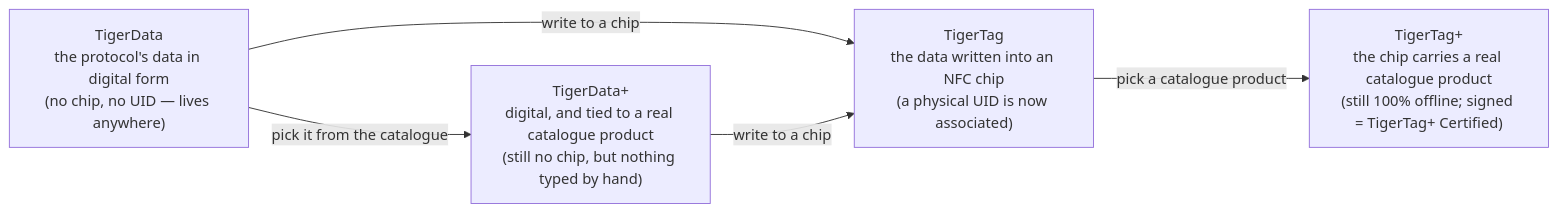
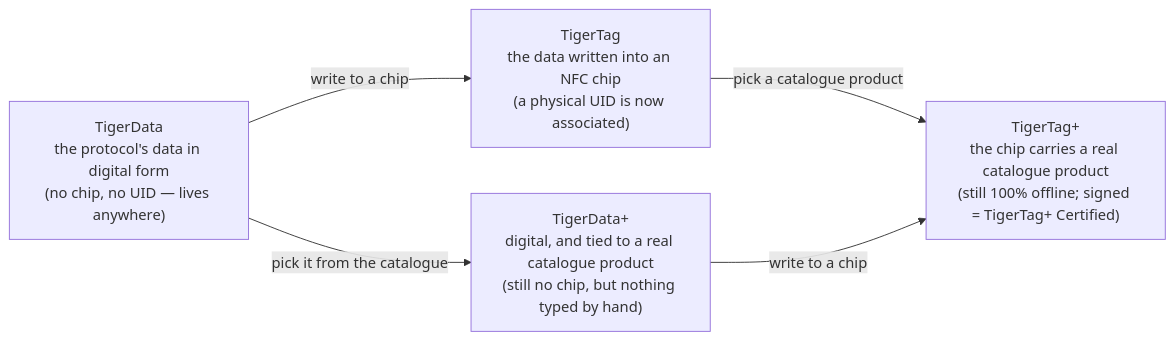
One commit to TigerTag-Project/TigerSystem-Docs changed the diagram in i18n/de/concepts/universal-filament-identity.md. Above: the diagram before and after it, drawn with Mermaid. The commit also changed other lines of this file and 163 other files, not shown here.

````diff
--- a/i18n/de/concepts/universal-filament-identity.md
+++ b/i18n/de/concepts/universal-filament-identity.md
@@ -43,10 +43,10 @@
 ```mermaid
 flowchart LR
   TD["TigerData<br/>the protocol's data in digital form<br/>(no chip, no UID — lives anywhere)"]
   TDP["TigerData+<br/>digital, and tied to a real catalogue product<br/>(still no chip, but nothing typed by hand)"]
   TT["TigerTag<br/>the data written into an NFC chip<br/>(a physical UID is now associated)"]
   TTP["TigerTag+<br/>the chip carries a real catalogue product<br/>(still 100% offline; signed = TigerTag+ Certified)"]
   TD -- "pick it from the catalogue" --> TDP
   TD -- "write to a chip" --> TT -- "pick a catalogue product" --> TTP
-  TDP -- "write to a chip" --> TT
+  TDP -- "write to a chip" --> TTP
 ```
````
